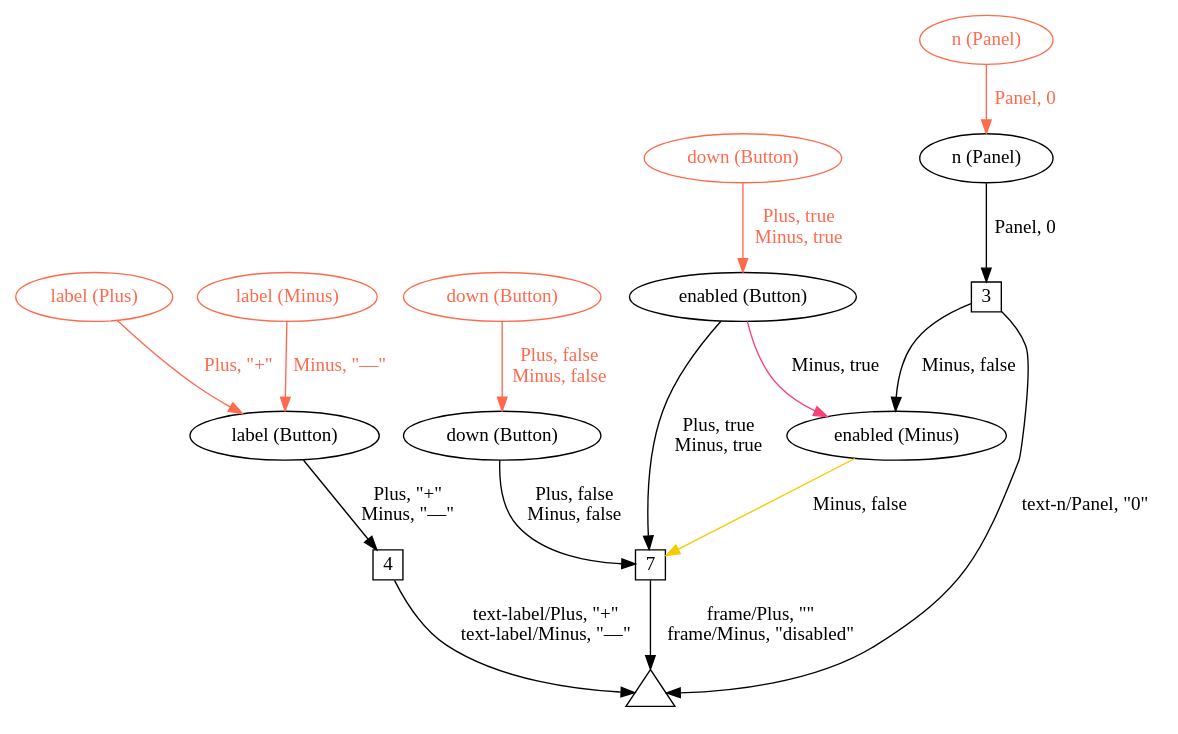
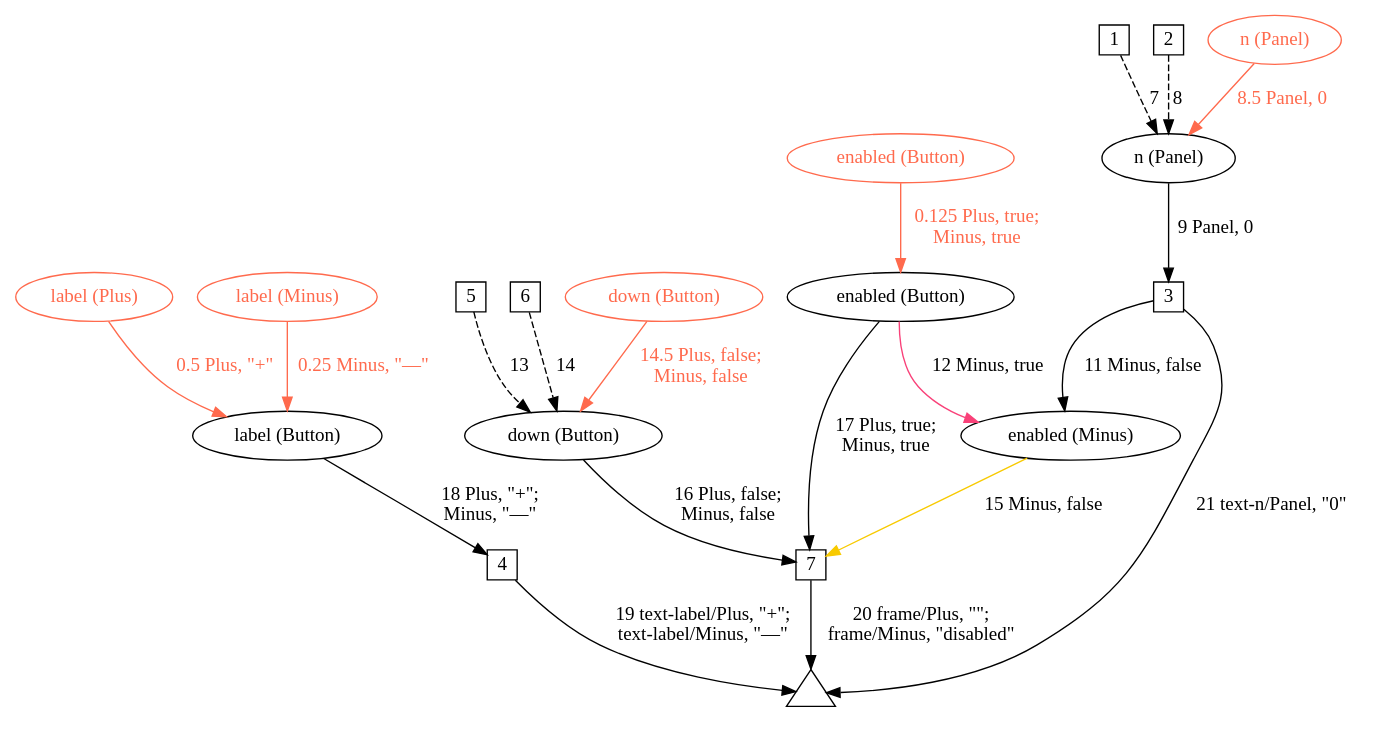
One commit to bendr/bender changed the diagram in spec/fig/graph-init.gv. Above: the diagram before and after it, drawn with Graphviz. The commit also changed 13 other files, not shown here.

```diff
--- a/spec/fig/graph-init.gv
+++ b/spec/fig/graph-init.gv
@@ -1,40 +1,82 @@
 digraph bender {
   node [fontname="Avenir Next"];
   edge [fontname="Avenir Next"];
 
   t [label="", shape=triangle, fixedsize=true, width=0.5];
+  w4 [label="4", shape=square, fixedsize=true, width=0.3];
+  label [label="label (Button)"];
+  w5 [label="5", shape=square, fixedsize=true, width=0.3];
+  w6 [label="6", shape=square, fixedsize=true, width=0.3];
+  down [label="down (Button)"];
+  w7 [label="7", shape=square, fixedsize=true, width=0.3];
+  enabled [label="enabled (Button)"];
+  w1 [label="1", shape=square, fixedsize=true, width=0.3];
+  n [label="n (Panel)"];
+  w2 [label="2", shape=square, fixedsize=true, width=0.3];
+  w3 [label="3", shape=square, fixedsize=true, width=0.3];
+  menabled [label="enabled (Minus)"];
 
+  init_plabel [label="label (Plus)", color="#ff6a4d", fontcolor="#ff6a4d"];
+  init_mlabel [label="label (Minus)", color="#ff6a4d", fontcolor="#ff6a4d"];
+  init_enabled [label="enabled (Button)", color="#ff6a4d", fontcolor="#ff6a4d"];
   init_n [label="n (Panel)", color="#ff6a4d", fontcolor="#ff6a4d"];
-  init_n -> n [color="#ff6a4d", fontcolor="#ff6a4d", label=" Panel, 0"];
+  init_down [label="down (Button)", color="#ff6a4d", fontcolor="#ff6a4d"];
+
+  init_enabled -> enabled [label=" 0.125 Plus, true;\n Minus, true", color="#ff6a4d", fontcolor="#ff6a4d"]
+  init_mlabel -> label [color="#ff6a4d", fontcolor="#ff6a4d", label=" 0.25 Minus, \"—\""];
+  init_plabel -> label [label=" 0.5 Plus, \"+\"", color="#ff6a4d", fontcolor="#ff6a4d"]
+  w1 -> n [label=" 7", style=dashed];
+  w2 -> n [label=" 8", style=dashed];
+  init_n -> n [color="#ff6a4d", fontcolor="#ff6a4d", label=" 8.5 Panel, 0"];
+  n -> w3 [label=" 9 Panel, 0"];
+  w3 -> menabled [label=" 11 Minus, false"];
+  enabled -> menabled [label=" 12 Minus, true", color="#f94179"];
+  w5 -> down [label=" 13", style=dashed];
+  w6 -> down [label=" 14", style=dashed];
+  init_down -> down [label=" 14.5 Plus, false;\n Minus, false", color="#ff6a4d", fontcolor="#ff6a4d"]
+  menabled -> w7 [label=" 15 Minus, false", color="#f8ca00"];
+  down -> w7 [label=" 16 Plus, false;\n Minus, false"];
+  enabled -> w7 [label=" 17 Plus, true;\n Minus, true"];
+  label -> w4 [label=" 18 Plus, \"+\";\n Minus, \"—\""];
+  w4 -> t [label=" 19 text-label/Plus, \"+\";\n text-label/Minus, \"—\""];
+  w7 -> t [label=" 20 frame/Plus, \"\";\n frame/Minus, \"disabled\""];
+  w3 -> t [label=" 21 text-n/Panel, \"0\""];
+
+
+
+
+
+  /*
   n [label="n (Panel)"];
   w3 [label="3", shape=square, fixedsize=true, width=0.3];
   menabled [label="enabled (Minus)"];
   n -> w3 [label=" Panel, 0"];
   w3 -> t [label=" text-n/Panel, \"0\""];
   w3 -> menabled [label=" Minus, false"];
 
   init_mlabel [label="label (Minus)", color="#ff6a4d", fontcolor="#ff6a4d"];
   init_plabel [label="label (Plus)", color="#ff6a4d", fontcolor="#ff6a4d"];
   init_mlabel -> label [color="#ff6a4d", fontcolor="#ff6a4d", label=" Minus, \"—\""];
   init_plabel -> label [color="#ff6a4d", fontcolor="#ff6a4d", label=" Plus, \"+\""];
   label [label="label (Button)"];
   w4 [label="4", shape=square, fixedsize=true, width=0.3];
   label -> w4 [label=" Plus, \"+\"\n Minus, \"—\""];
   w4 -> t [label=" text-label/Plus, \"+\"\n text-label/Minus, \"—\""];
 
   init_down [label="down (Button)", color="#ff6a4d", fontcolor="#ff6a4d"];
   init_down -> down [color="#ff6a4d", fontcolor="#ff6a4d", label=" Plus, false\n Minus, false"];
   down [label="down (Button)"];
 
   w7 [label="7", shape=square, fixedsize=true, width=0.3];
   down -> w7 [label=" Plus, false\n Minus, false"];
 
   enabled -> w7 [label=" Plus, true\n Minus, true"];
   enabled -> menabled [label=" Minus, true", color="#f94179"];
   init_enabled [label="down (Button)", color="#ff6a4d", fontcolor="#ff6a4d"];
   init_enabled -> enabled [color="#ff6a4d", fontcolor="#ff6a4d", label=" Plus, true\n Minus, true"];
   enabled [label="enabled (Button)"];
   menabled -> w7 [label=" Minus, false", color="#f8ca00"];
   w7 -> t [label=" frame/Plus, \"\"\n frame/Minus, \"disabled\""];
+*/
 
 }
```
